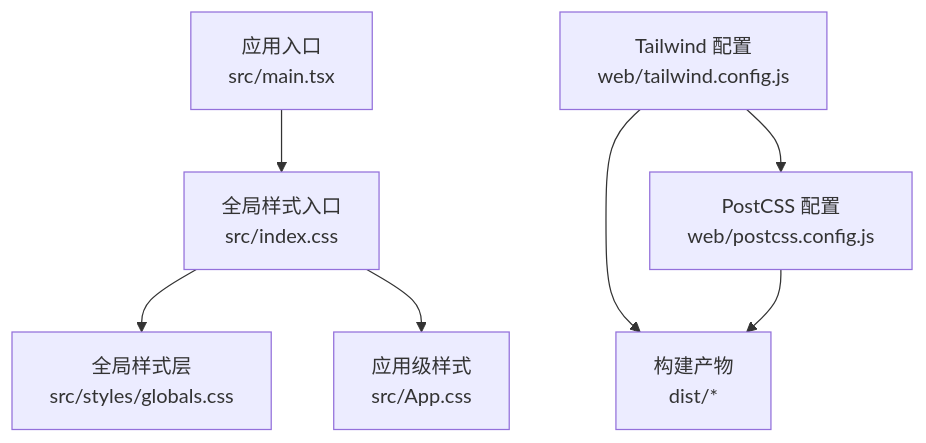
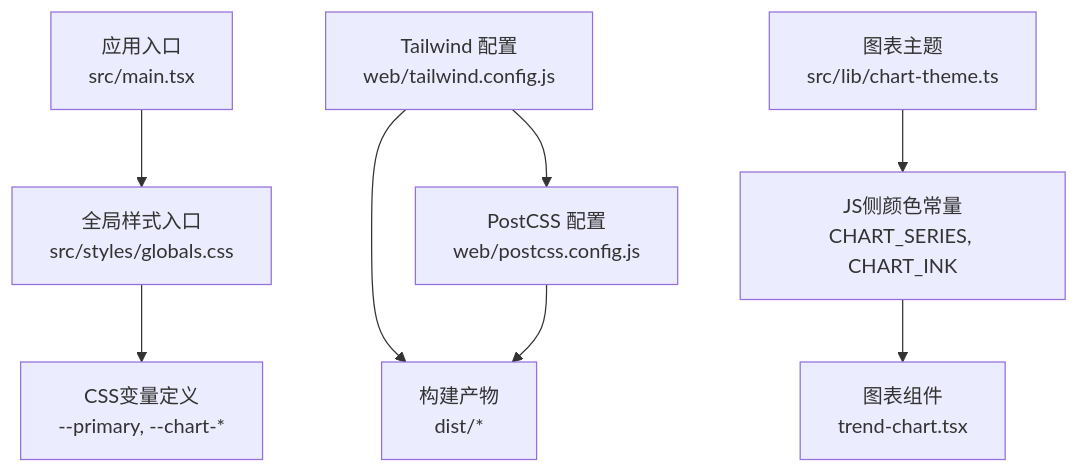
The first of 3 diagrams in .qoder/repowiki/zh/content/架构设计/样式系统.md (Damao997/newproject), drawn with Mermaid before and after one commit. The commit also changed other lines of this file and 10 other files, not shown here.

````diff
--- a/.qoder/repowiki/zh/content/架构设计/样式系统.md
+++ b/.qoder/repowiki/zh/content/架构设计/样式系统.md
@@ -35,9 +47,10 @@
 ```mermaid
 graph TB
-A["应用入口<br/>src/main.tsx"] --> B["全局样式入口<br/>src/index.css"]
-B --> C["全局样式层<br/>src/styles/globals.css"]
-B --> D["应用级样式<br/>src/App.css"]
-E["Tailwind 配置<br/>web/tailwind.config.js"] --> F["PostCSS 配置<br/>web/postcss.config.js"]
-E --> G["构建产物<br/>dist/*"]
-F --> G
+A["应用入口<br/>src/main.tsx"] --> B["全局样式入口<br/>src/styles/globals.css"]
+B --> C["CSS变量定义<br/>--primary, --chart-*"]
+D["Tailwind 配置<br/>web/tailwind.config.js"] --> E["PostCSS 配置<br/>web/postcss.config.js"]
+F["图表主题<br/>src/lib/chart-theme.ts"] --> G["JS侧颜色常量<br/>CHART_SERIES, CHART_INK"]
+D --> H["构建产物<br/>dist/*"]
+E --> H
+G --> I["图表组件<br/>trend-chart.tsx"]
 ```
````
